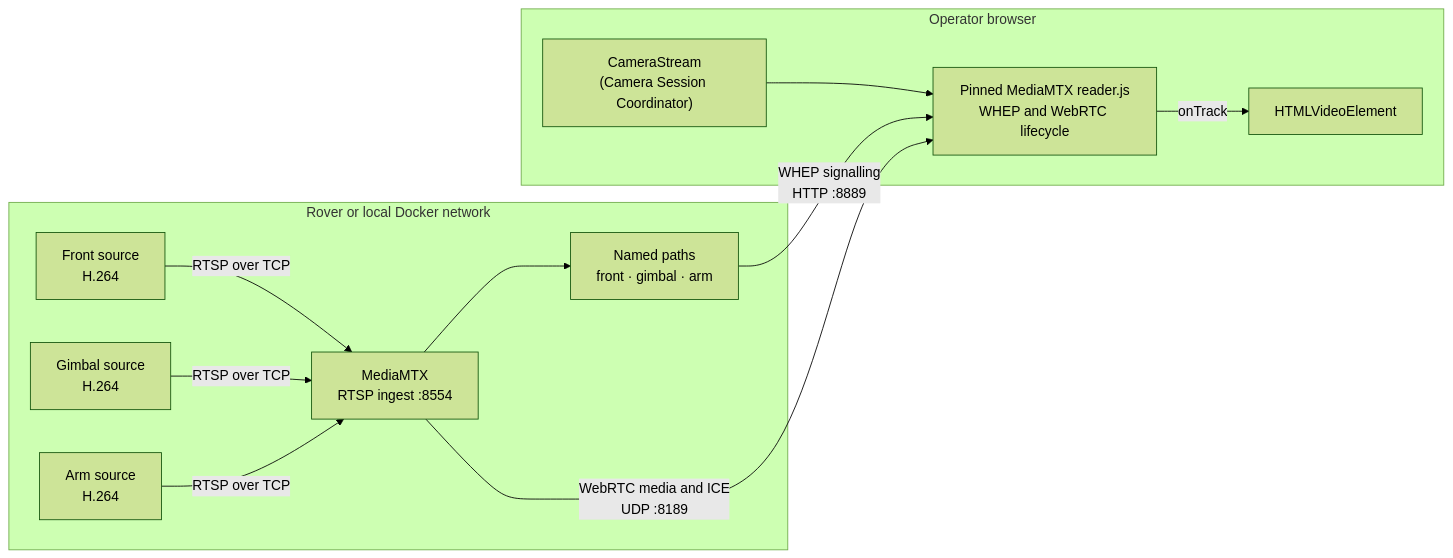
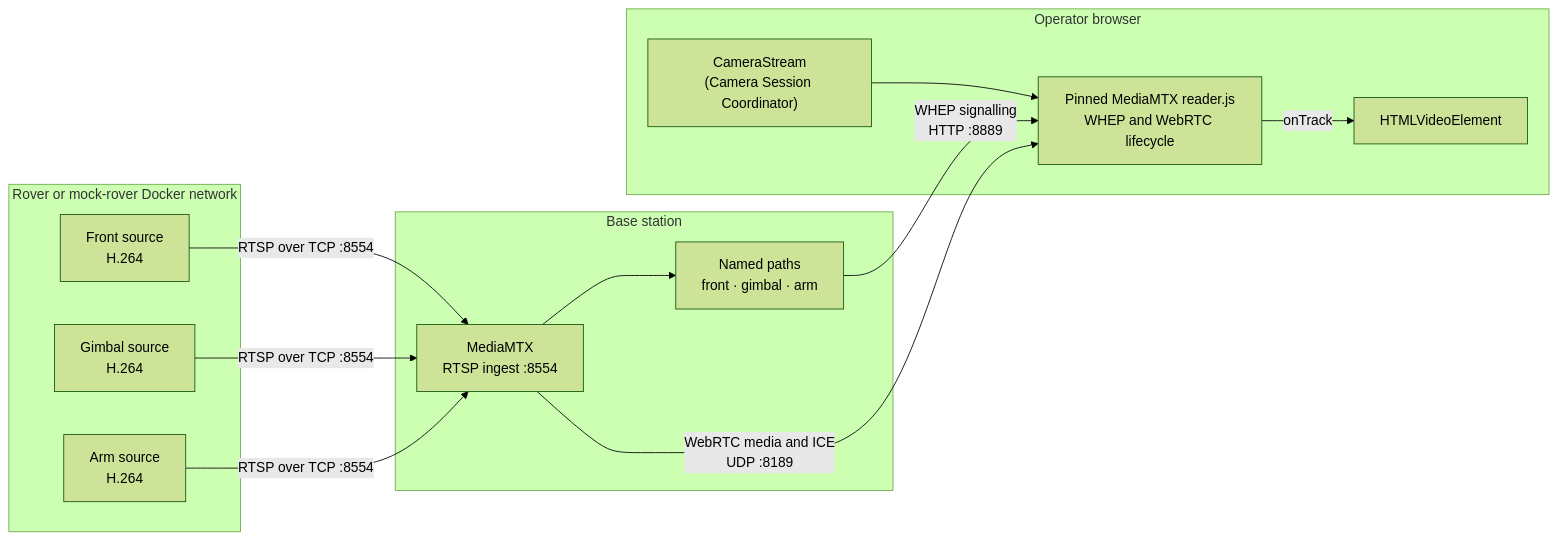
One commit to deakin-robotics/Chasmata-2027 changed the diagram in gui/docs/webrtc-camera-stream.md. Above: the diagram before and after it, drawn with Mermaid (forest theme). The commit also changed other lines of this file and 15 other files, not shown here.

Commit message:
Move MediaMTX to the base station stack

````diff
--- a/gui/docs/webrtc-camera-stream.md
+++ b/gui/docs/webrtc-camera-stream.md
@@ -13,27 +13,30 @@
 ```mermaid
 flowchart LR
-    subgraph rover["Rover or local Docker network"]
+    subgraph rover["Rover or mock-rover Docker network"]
         front["Front source\nH.264"]
         gimbal["Gimbal source\nH.264"]
         arm["Arm source\nH.264"]
+    end
+
+    subgraph base["Base station"]
         gateway["MediaMTX\nRTSP ingest :8554"]
         paths["Named paths\nfront · gimbal · arm"]
-
-        front -->|"RTSP over TCP"| gateway
-        gimbal -->|"RTSP over TCP"| gateway
-        arm -->|"RTSP over TCP"| gateway
         gateway --> paths
     end
+
+    front -->|"RTSP over TCP :8554"| gateway
+    gimbal -->|"RTSP over TCP :8554"| gateway
+    arm -->|"RTSP over TCP :8554"| gateway
 
     subgraph browser["Operator browser"]
         viewer["CameraStream\n(Camera Session Coordinator)"]
         reader["Pinned MediaMTX reader.js\nWHEP and WebRTC lifecycle"]
         video["HTMLVideoElement"]
 
         viewer --> reader
         reader -->|"onTrack"| video
     end
 
     paths -->|"WHEP signalling\nHTTP :8889"| reader
     gateway -->|"WebRTC media and ICE\nUDP :8189"| reader
 ```
````
